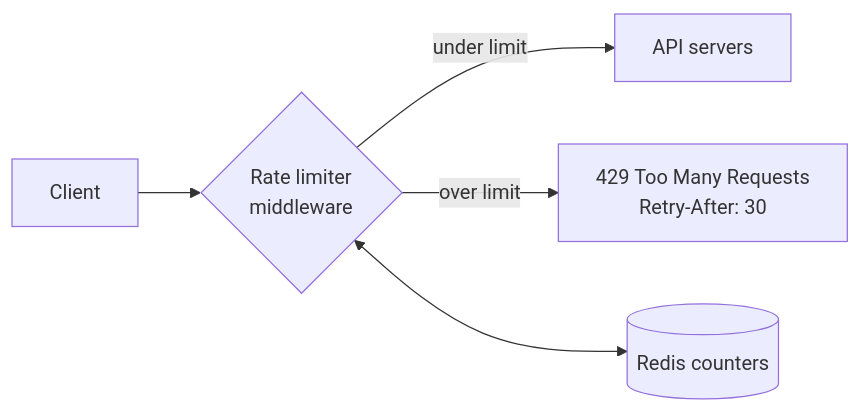
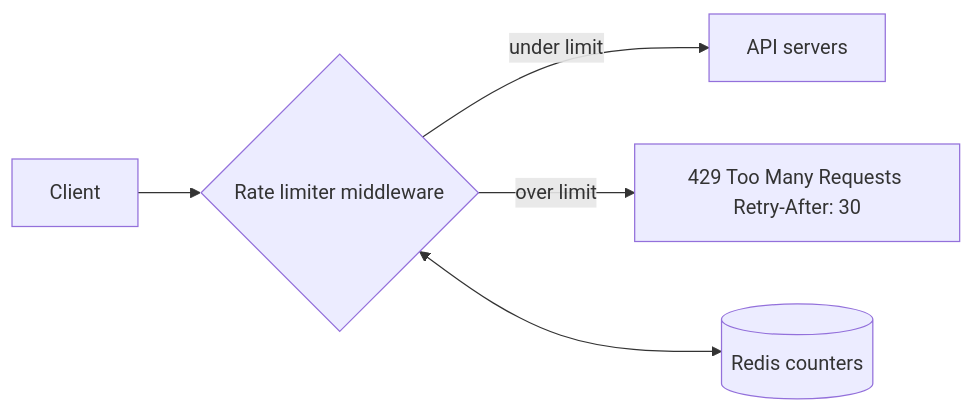
Before and after one commit to sharifndlovu123/knowledge_base_map: the first of 3 diagrams in Collection/03. Programming/14. System Design/4. Reliability Patterns.md, drawn with Mermaid. The commit also changed other lines of this file and 9 other files, not shown here.

First line of the commit message:
Add diagram viewer; fix line breaks in new diagrams

````diff
--- a/Collection/03. Programming/14. System Design/4. Reliability Patterns.md
+++ b/Collection/03. Programming/14. System Design/4. Reliability Patterns.md
@@ -7,7 +7,7 @@
 ```mermaid
 flowchart LR
-    C[Client] --> RL{Rate limiter<br/>middleware}
+    C[Client] --> RL{Rate limiter middleware}
     RL -- under limit --> API[API servers]
-    RL -- over limit --> R429["429 Too Many Requests<br/>Retry-After: 30"]
+    RL -- over limit --> R429["429 Too Many Requests Retry-After: 30"]
     RL <--> RD[(Redis counters)]
 ```
````
